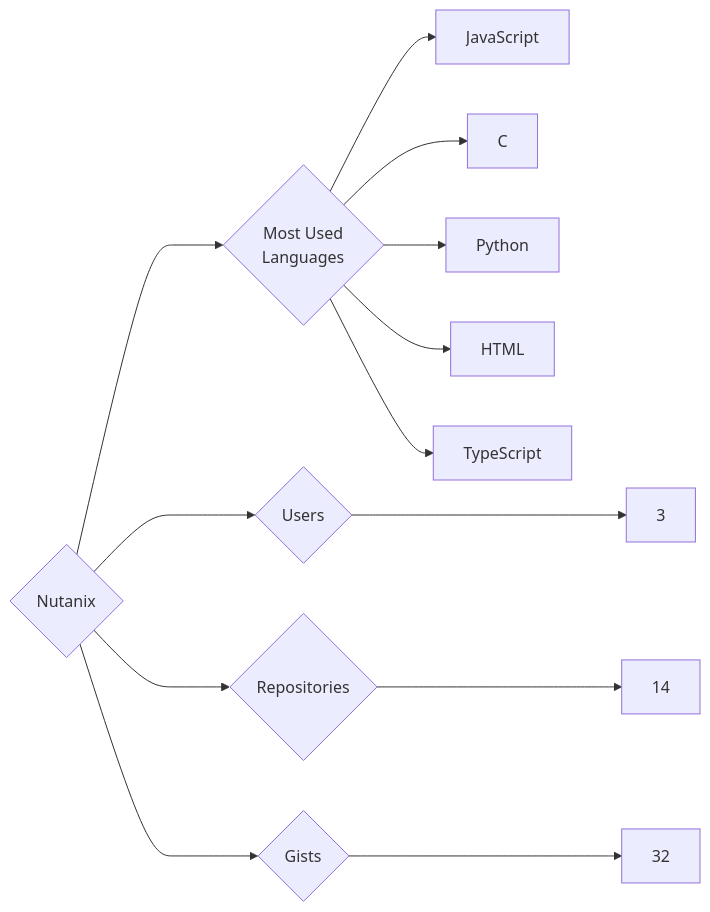
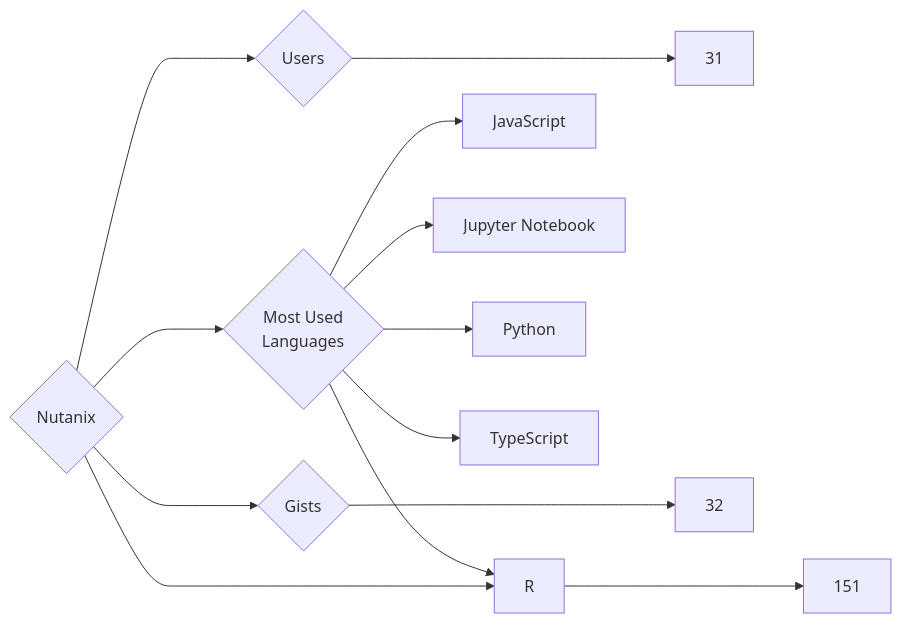
The diagram in targets/Nutanix/README.md (trickest/insiders), drawn with Mermaid before and after one commit. The commit also changed 682 other files, not shown here.

````diff
--- a/targets/Nutanix/README.md
+++ b/targets/Nutanix/README.md
@@ -3,13 +3,13 @@
 ```mermaid
 graph LR
 COMPANY_NAME{Nutanix}
-COMPANY_NAME ---> U{Users} ---> UN[3]
-COMPANY_NAME ---> R{Repositories} ---> RN[14]
+COMPANY_NAME ---> U{Users} ---> UN[31]
+COMPANY_NAME ---> R{Repositories} ---> RN[151]
 COMPANY_NAME ---> G{Gists} ---> GN[32]
 COMPANY_NAME ---> ML{Most Used<br>Languages}
 ML --> JavaScript[JavaScript]
-ML --> C[C]
+ML --> R[R]
+ML --> Jupyter_Notebook[Jupyter Notebook]
 ML --> Python[Python]
-ML --> HTML[HTML]
 ML --> TypeScript[TypeScript]
 ```
````
